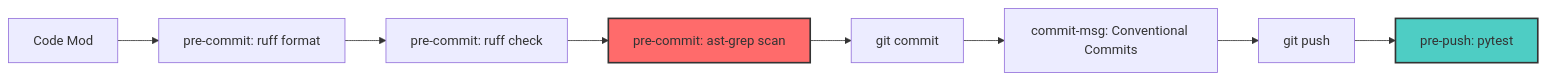
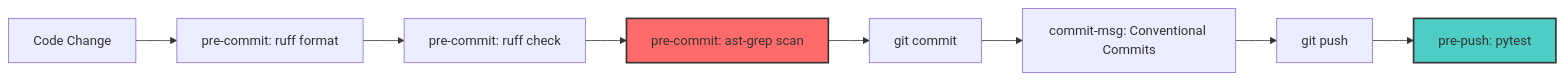
The fourth of 5 diagrams in content.en/posts/issue-94.md (ferstar/blog), drawn with Mermaid before and after one commit. The commit also changed other lines of this file, not shown here.

````diff
--- a/content.en/posts/issue-94.md
+++ b/content.en/posts/issue-94.md
@@ -149,13 +252,13 @@
 ```mermaid
 flowchart LR
-    A[Code Mod] --> B[pre-commit: ruff format]
+    A[Code Change] --> B[pre-commit: ruff format]
     B --> C[pre-commit: ruff check]
     C --> D[pre-commit: ast-grep scan]
     D --> E[git commit]
     E --> F[commit-msg: Conventional Commits]
     F --> G[git push]
     G --> H[pre-push: pytest]
 
     style D fill:#ff6b6b,stroke:#333,stroke-width:2px
     style H fill:#4ecdc4,stroke:#333,stroke-width:2px
 ```
````
